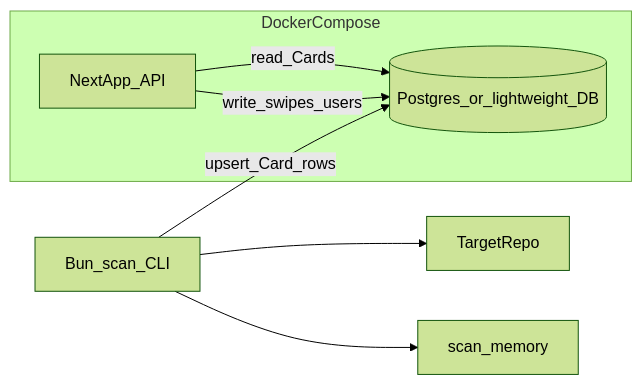
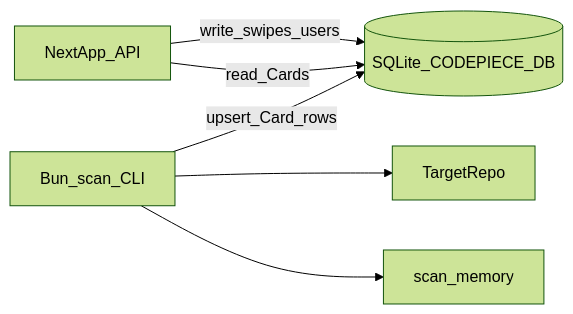
Before and after one commit to DmitryPR/codepiece: the diagram in plan/INITIAL.md, drawn with Mermaid (forest theme). The commit also changed other lines of this file and 13 other files, not shown here.

````diff
--- a/plan/INITIAL.md
+++ b/plan/INITIAL.md
@@ -23,15 +23,13 @@
 ```mermaid
 flowchart LR
-  subgraph docker [DockerCompose]
-    web[NextApp_API]
-    db[(Postgres_or_lightweight_DB)]
-  end
+  web[NextApp_API]
+  db[(SQLite_CODEPIECE_DB)]
   cli[Bun_scan_CLI]
   mem[scan_memory]
   repo[TargetRepo]
   cli --> repo
   cli --> mem
   cli -->|"upsert_Card_rows"| db
   web -->|"read_Cards"| db
   web -->|"write_swipes_users"| db
 ```
````
